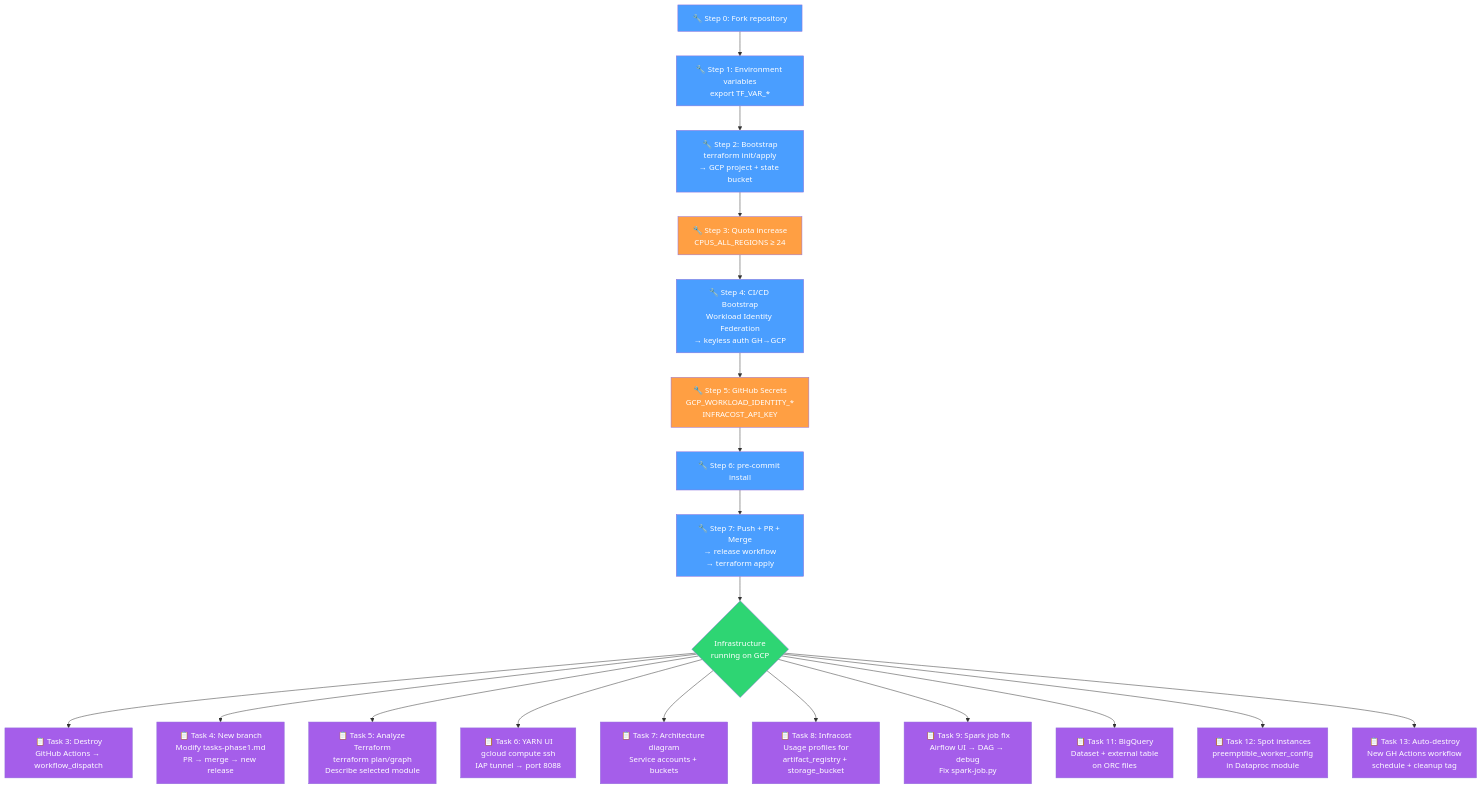
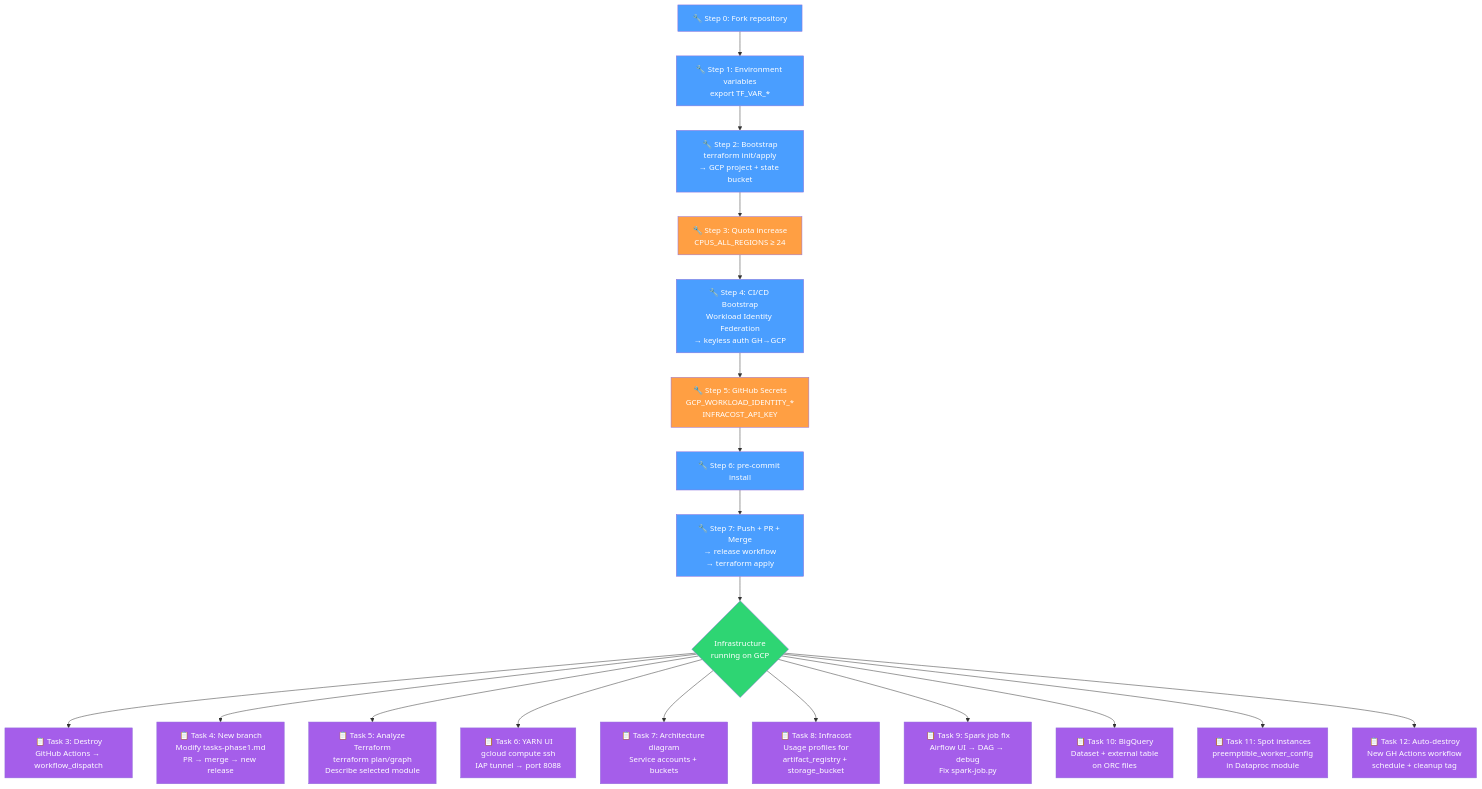
One commit to lkzs2003/tbd-workshop-1 changed the diagram in tasks-phase1.md. Above: the diagram before and after it, drawn with Mermaid. The commit also changed other lines of this file, not shown here.

First line of the commit message:
docs(phase1): fix task numbering (10/11/12) and auto-destroy cron to match repo

````diff
--- a/tasks-phase1.md
+++ b/tasks-phase1.md
@@ -6,41 +6,41 @@
 ```mermaid
 flowchart TD
     A[🔧 Step 0: Fork repository] --> B[🔧 Step 1: Environment variables\nexport TF_VAR_*]
     B --> C[🔧 Step 2: Bootstrap\nterraform init/apply\n→ GCP project + state bucket]
     C --> D[🔧 Step 3: Quota increase\nCPUS_ALL_REGIONS ≥ 24]
     D --> E[🔧 Step 4: CI/CD Bootstrap\nWorkload Identity Federation\n→ keyless auth GH→GCP]
     E --> F[🔧 Step 5: GitHub Secrets\nGCP_WORKLOAD_IDENTITY_*\nINFRACOST_API_KEY]
     F --> G[🔧 Step 6: pre-commit install]
     G --> H[🔧 Step 7: Push + PR + Merge\n→ release workflow\n→ terraform apply]
     H --> I{Infrastructure\nrunning on GCP}
     I --> J[📋 Task 3: Destroy\nGitHub Actions → workflow_dispatch]
     I --> K[📋 Task 4: New branch\nModify tasks-phase1.md\nPR → merge → new release]
     I --> L[📋 Task 5: Analyze Terraform\nterraform plan/graph\nDescribe selected module]
     I --> M[📋 Task 6: YARN UI\ngcloud compute ssh\nIAP tunnel → port 8088]
     I --> N[📋 Task 7: Architecture diagram\nService accounts + buckets]
     I --> O[📋 Task 8: Infracost\nUsage profiles for\nartifact_registry + storage_bucket]
     I --> P[📋 Task 9: Spark job fix\nAirflow UI → DAG → debug\nFix spark-job.py]
-    I --> Q[📋 Task 11: BigQuery\nDataset + external table\non ORC files]
-    I --> R[📋 Task 12: Spot instances\npreemptible_worker_config\nin Dataproc module]
-    I --> S[📋 Task 13: Auto-destroy\nNew GH Actions workflow\nschedule + cleanup tag]
+    I --> Q[📋 Task 10: BigQuery\nDataset + external table\non ORC files]
+    I --> R[📋 Task 11: Spot instances\npreemptible_worker_config\nin Dataproc module]
+    I --> S[📋 Task 12: Auto-destroy\nNew GH Actions workflow\nschedule + cleanup tag]
 
     style A fill:#4a9eff,color:#fff
     style B fill:#4a9eff,color:#fff
     style C fill:#4a9eff,color:#fff
     style D fill:#ff9f43,color:#fff
     style E fill:#4a9eff,color:#fff
     style F fill:#ff9f43,color:#fff
     style G fill:#4a9eff,color:#fff
     style H fill:#4a9eff,color:#fff
     style I fill:#2ed573,color:#fff
     style J fill:#a55eea,color:#fff
     style K fill:#a55eea,color:#fff
     style L fill:#a55eea,color:#fff
     style M fill:#a55eea,color:#fff
     style N fill:#a55eea,color:#fff
     style O fill:#a55eea,color:#fff
     style P fill:#a55eea,color:#fff
     style Q fill:#a55eea,color:#fff
     style R fill:#a55eea,color:#fff
     style S fill:#a55eea,color:#fff
 ```
````
